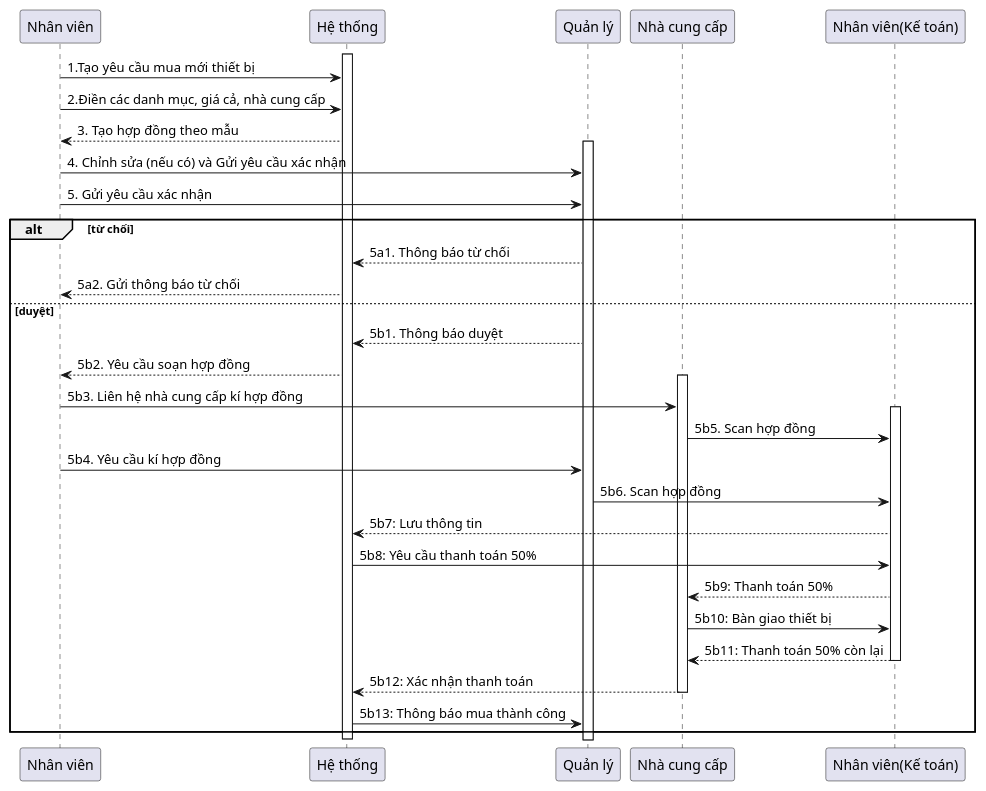
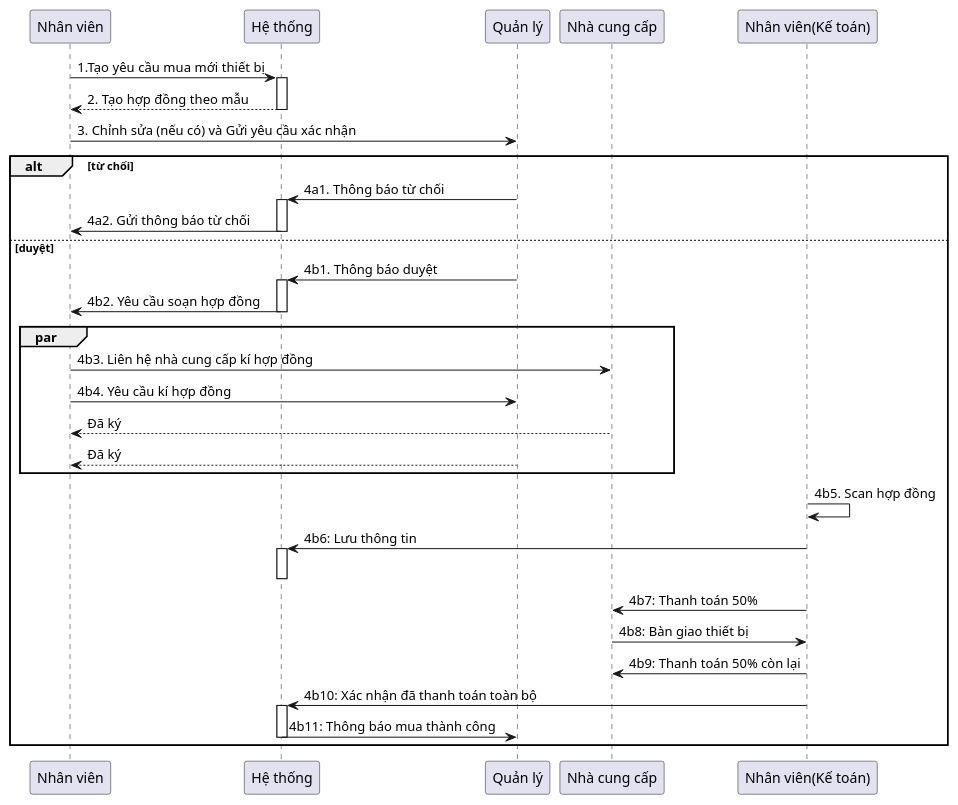
One commit to QuickyBooster/SE357-Pratice-class changed the diagram in Lab1/Lab1.2/Sequence Diagram/Mua tài sản.plantuml. Above: the diagram before and after it, drawn with PlantUML. The commit also changed 11 other files, not shown here.

```diff
--- a/Lab1/Lab1.2/Sequence Diagram/Mua tài sản.plantuml
+++ b/Lab1/Lab1.2/Sequence Diagram/Mua tài sản.plantuml
@@ -1,44 +1,50 @@
 @startuml
 
-participant "Nhân viên"
+participant "Nhân viên" as nv
 
 
 participant "Hệ thống" as System
-participant "Quản lý"
+participant "Quản lý" as ql
 
-participant "Nhà cung cấp"
-participant "Nhân viên(Kế toán)"
+participant "Nhà cung cấp" as ncc
+participant "Nhân viên(Kế toán)" as kt
 
 
+nv -> System: 1.Tạo yêu cầu mua mới thiết bị
 activate System
-"Nhân viên" -> System: 1.Tạo yêu cầu mua mới thiết bị
-"Nhân viên" -> System: 2.Điền các danh mục, giá cả, nhà cung cấp
-System --> "Nhân viên": 3. Tạo hợp đồng theo mẫu
-activate "Quản lý"
-"Nhân viên" -> "Quản lý": 4. Chỉnh sửa (nếu có) và Gửi yêu cầu xác nhận
-"Nhân viên" -> "Quản lý": 5. Gửi yêu cầu xác nhận
+System --> nv: 2. Tạo hợp đồng theo mẫu
+deactivate System
+nv -> ql: 3. Chỉnh sửa (nếu có) và Gửi yêu cầu xác nhận
 alt từ chối
-"Quản lý" --> System: 5a1. Thông báo từ chối
-System --> "Nhân viên": 5a2. Gửi thông báo từ chối
+    ql -> System: 4a1. Thông báo từ chối
+    activate System
+    System -> nv: 4a2. Gửi thông báo từ chối
 else duyệt
-"Quản lý" --> System: 5b1. Thông báo duyệt
-System --> "Nhân viên": 5b2. Yêu cầu soạn hợp đồng
-activate "Nhà cung cấp"
-"Nhân viên" -> "Nhà cung cấp": 5b3. Liên hệ nhà cung cấp kí hợp đồng
-activate "Nhân viên(Kế toán)"
-"Nhà cung cấp" -> "Nhân viên(Kế toán)": 5b5. Scan hợp đồng
-"Nhân viên" -> "Quản lý": 5b4. Yêu cầu kí hợp đồng
-"Quản lý" -> "Nhân viên(Kế toán)": 5b6. Scan hợp đồng
-"Nhân viên(Kế toán)" --> System: 5b7: Lưu thông tin
-System -> "Nhân viên(Kế toán)": 5b8: Yêu cầu thanh toán 50%
-"Nhân viên(Kế toán)" --> "Nhà cung cấp": 5b9: Thanh toán 50%
-"Nhà cung cấp" -> "Nhân viên(Kế toán)": 5b10: Bàn giao thiết bị
-"Nhân viên(Kế toán)" --> "Nhà cung cấp": 5b11: Thanh toán 50% còn lại
-deactivate "Nhân viên(Kế toán)"
-"Nhà cung cấp" --> System: 5b12: Xác nhận thanh toán
-deactivate "Nhà cung cấp"
-System -> "Quản lý": 5b13: Thông báo mua thành công
+    deactivate System
+    ql -> System: 4b1. Thông báo duyệt
+    activate System
+    System -> nv: 4b2. Yêu cầu soạn hợp đồng
+    deactivate System
+    par
+        nv -> ncc: 4b3. Liên hệ nhà cung cấp kí hợp đồng
+        nv -> ql: 4b4. Yêu cầu kí hợp đồng
+        ncc --> nv: Đã ký
+        ql --> nv: Đã ký
+    end
+    kt -> kt: 4b5. Scan hợp đồng
+    kt -> System: 4b6: Lưu thông tin
+    activate System
+    deactivate System
+    kt -> ncc: 4b7: Thanh toán 50%
+    ncc -> kt: 4b8: Bàn giao thiết bị
+    kt -> ncc: 4b9: Thanh toán 50% còn lại
+
+    kt -> System: 4b10: Xác nhận đã thanh toán toàn bộ
+    activate System
+
+    System -> ql: 4b11: Thông báo mua thành công
+    deactivate System
 end
 
 deactivate System
 @enduml
```
